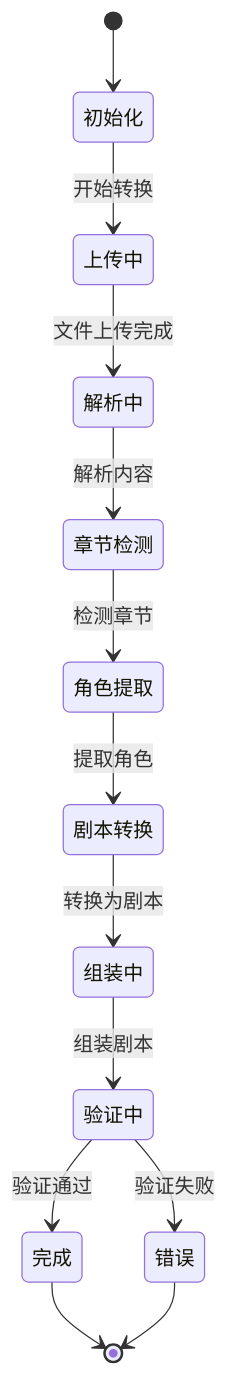
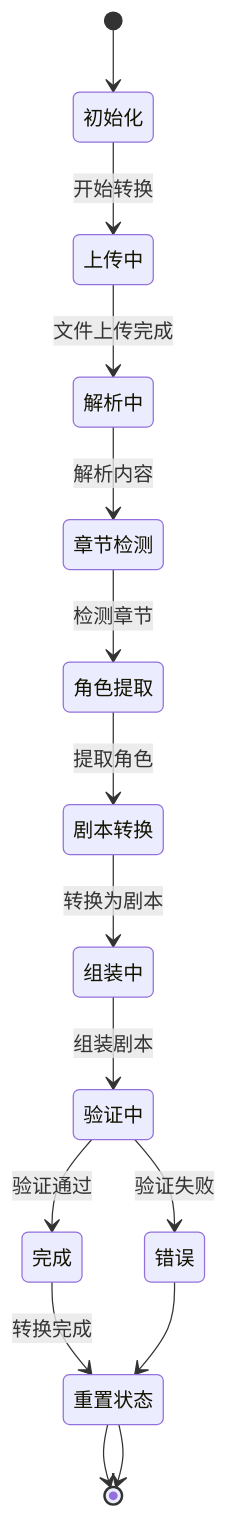
Before and after one commit to tjujingzong/Novel-to-Screenplay: the fifth of 13 diagrams in .qoder/repowiki/zh/content/前端界面/JavaScript交互逻辑.md, drawn with Mermaid. The commit also changed other lines of this file and 6 other files, not shown here.

````diff
--- a/.qoder/repowiki/zh/content/前端界面/JavaScript交互逻辑.md
+++ b/.qoder/repowiki/zh/content/前端界面/JavaScript交互逻辑.md
@@ -217,15 +257,17 @@
 ```mermaid
 stateDiagram-v2
 [*] --> 初始化
 初始化 --> 上传中 : 开始转换
 上传中 --> 解析中 : 文件上传完成
 解析中 --> 章节检测 : 解析内容
 章节检测 --> 角色提取 : 检测章节
 角色提取 --> 剧本转换 : 提取角色
 剧本转换 --> 组装中 : 转换为剧本
 组装中 --> 验证中 : 组装剧本
 验证中 --> 完成 : 验证通过
 验证中 --> 错误 : 验证失败
-完成 --> [*]
-错误 --> [*]
+完成 --> 重置状态 : 转换完成
+重置状态 --> [*]
+错误 --> 重置状态
+重置状态 --> [*]
 ```
````
